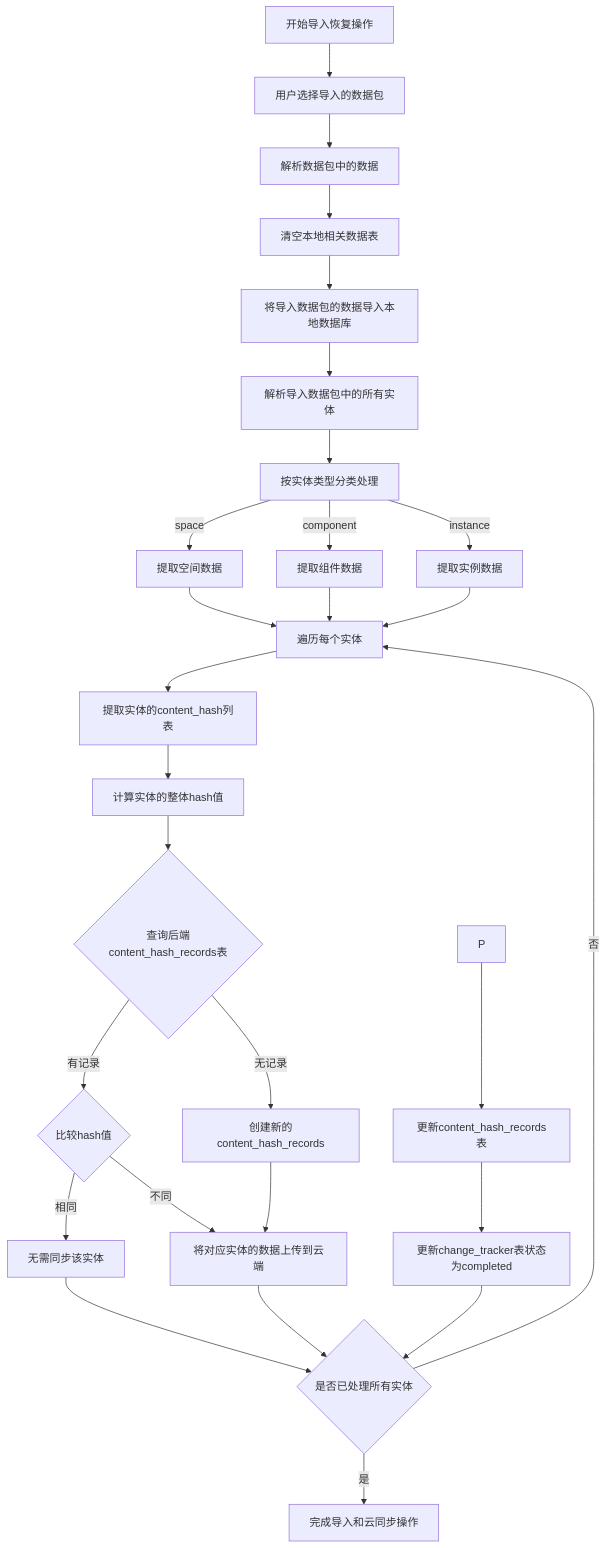
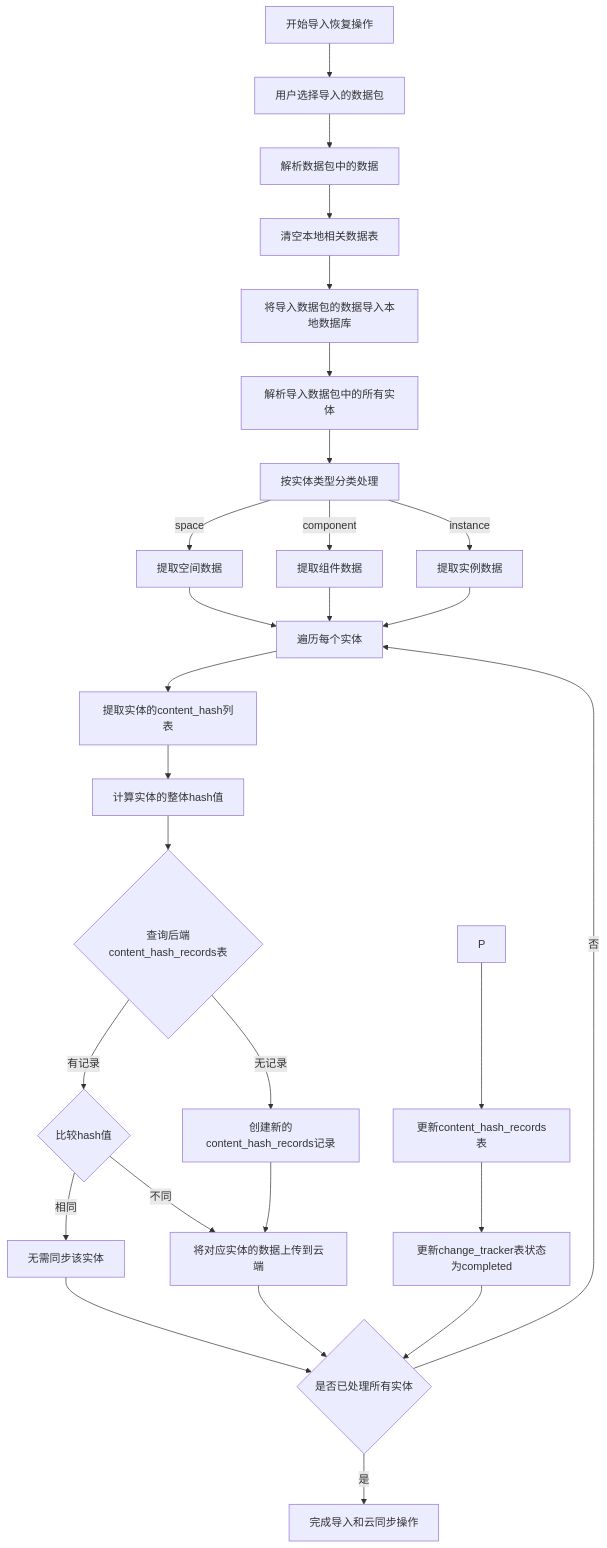
The diagram in all/未命名-44.md (yingjianzh/iodraw-files), drawn with Mermaid before and after one commit.

Commit message:
2025-04-27 11:41:58 update

````diff
--- a/all/未命名-44.md
+++ b/all/未命名-44.md
@@ -1,39 +1,39 @@
 ```mermaid
 flowchart TD
     A[开始导入恢复操作] --> B[用户选择导入的数据包]
     B --> C[解析数据包中的数据]
     
     C --> D[清空本地相关数据表]
     D --> E[将导入数据包的数据导入本地数据库]
     
     E --> F[解析导入数据包中的所有实体]
     F --> G[按实体类型分类处理]
     
     G -->|space| H1[提取空间数据]
     G -->|component| H2[提取组件数据]
     G -->|instance| H3[提取实例数据]
     
     H1 --> I[遍历每个实体]
     H2 --> I
     H3 --> I
     
     I --> J[提取实体的content_hash列表]
     J --> K[计算实体的整体hash值]
     
     K --> L{查询后端content_hash_records表}
-    L -->|无记录| M1[创建新的content_hash_records]
+    L -->|无记录| M1[创建新的content_hash_records记录]
     L -->|有记录| M2{比较hash值}
     
     M2 -->|相同| M3[无需同步该实体]
     M2 -->|不同| M4[将对应实体的数据上传到云端]
     M1 --> M4[将对应实体的数据上传到云端]
     
     P --> Q[更新content_hash_records表]
     Q --> R[更新change_tracker表状态为completed]
     M3 --> S{是否已处理所有实体}
     M4 --> S{是否已处理所有实体}
     R --> S
     
     S -->|否| I
     S -->|是| T[完成导入和云同步操作]
 ```
````
